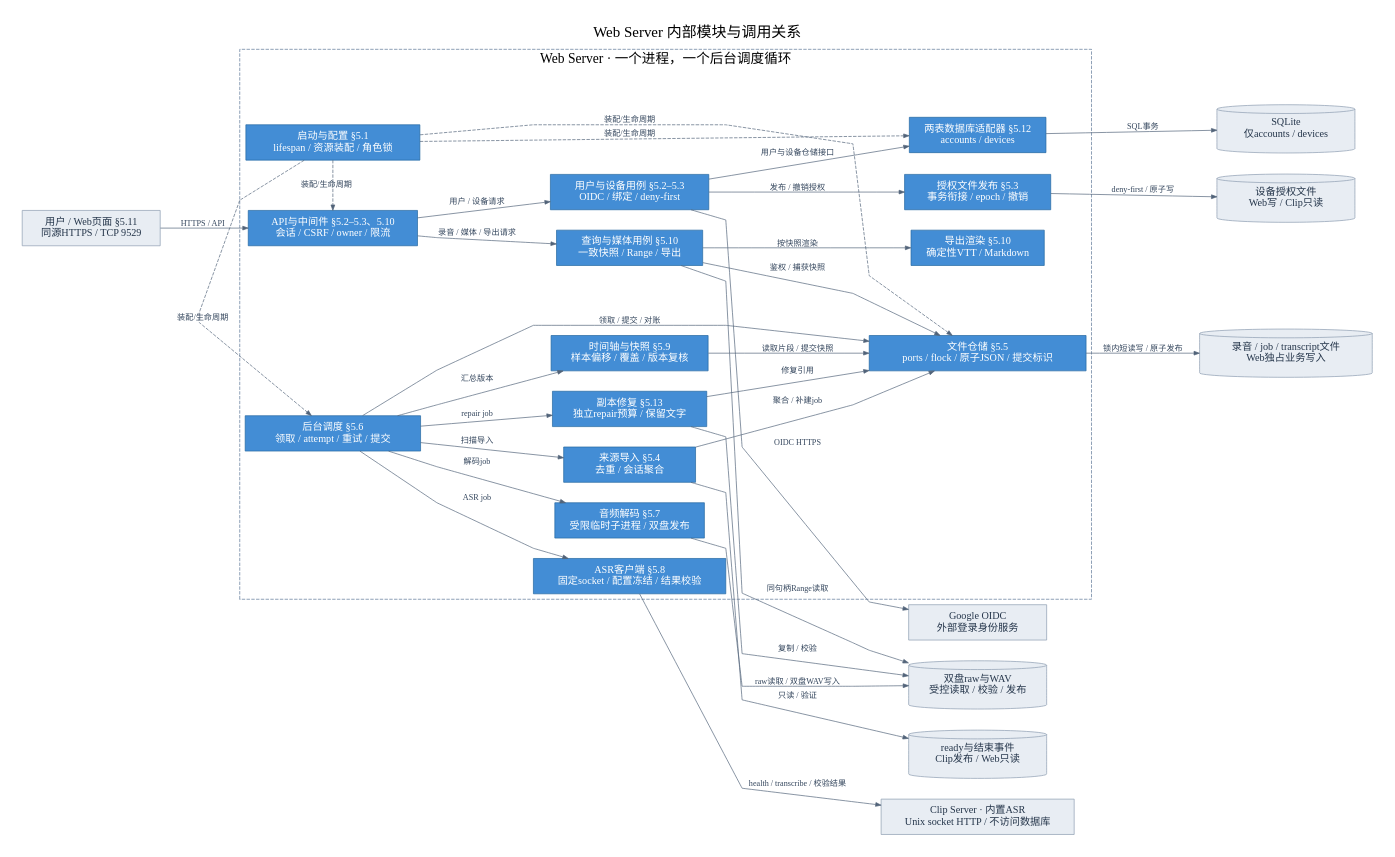
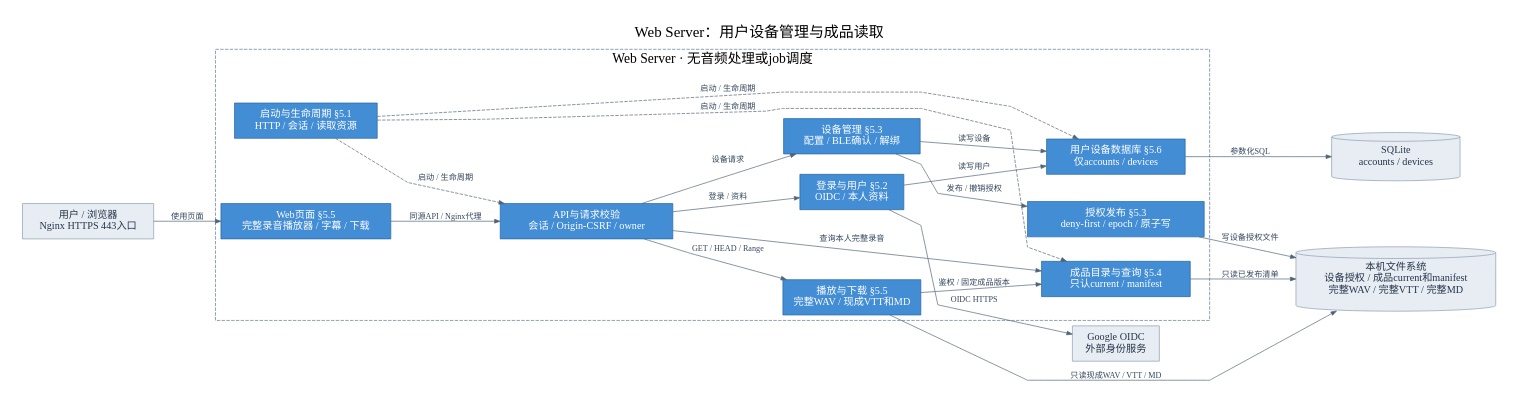
Before and after one commit to boboliu-1010/speaker: the diagram in docs/assets/diagrams/10-web-components.dot, drawn with Graphviz. The commit also changed 14 other files, not shown here.

```diff
--- a/docs/assets/diagrams/10-web-components.dot
+++ b/docs/assets/diagrams/10-web-components.dot
@@ -1,59 +1,38 @@
 digraph G {
-graph [rankdir=LR, bgcolor="white", pad="0.35", nodesep="0.42", ranksep="0.65", splines=polyline, fontname="PingFang SC", fontsize=22, labelloc=t, label="Web Server 内部模块与调用关系"];
-node [shape=box, style="filled", fillcolor="#438dd5", color="#2366a0", fontcolor=white, fontname="PingFang SC", fontsize=15, margin="0.18,0.12"];
+graph [rankdir=LR, bgcolor="white", pad="0.35", nodesep="0.42", ranksep="0.7", splines=polyline, fontname="PingFang SC", fontsize=22, labelloc=t, label="Web Server：用户设备管理与成品读取"];
+node [shape=box, style=filled, fillcolor="#438dd5", color="#2366a0", fontcolor=white, fontname="PingFang SC", fontsize=15, margin="0.18,0.12"];
 edge [fontname="PingFang SC", fontsize=12, color="#516379", fontcolor="#34465d", arrowsize=0.8];
-subgraph cluster_service {
-label="Web Server · 一个进程，一个后台调度循环"; color="#5a7596"; style=dashed; fontsize=20;
-boot [width=3.55, label="启动与配置 §5.1\nlifespan / 资源装配 / 角色锁"];
-api [width=3.46, label="API与中间件 §5.2–5.3、5.10\n会话 / CSRF / owner / 限流"];
-users [width=3.23, label="用户与设备用例 §5.2–5.3\nOIDC / 绑定 / deny-first"];
-sql [width=2.79, label="两表数据库适配器 §5.12\naccounts / devices"];
-authpub [width=2.98, label="授权文件发布 §5.3\n事务衔接 / epoch / 撤销"];
-query [width=2.98, label="查询与媒体用例 §5.10\n一致快照 / Range / 导出"];
-export [width=2.72, label="导出渲染 §5.10\n确定性VTT / Markdown"];
-worker [width=3.58, label="后台调度 §5.6\n领取 / attempt / 重试 / 提交"];
-importer [width=2.70, label="来源导入 §5.4\n去重 / 会话聚合"];
-decode [width=3.05, label="音频解码 §5.7\n受限临时子进程 / 双盘发布"];
-asr [width=3.93, label="ASR客户端 §5.8\n固定socket / 配置冻结 / 结果校验"];
-merge [width=3.21, label="时间轴与快照 §5.9\n样本偏移 / 覆盖 / 版本复核"];
-repair [width=3.15, label="副本修复 §5.13\n独立repair预算 / 保留文字"];
-repo [width=4.43, label="文件仓储 §5.5\nports / flock / 原子JSON / 提交标识"];
+subgraph cluster_service { label="Web Server · 无音频处理或job调度"; color="#5a7596"; style=dashed; fontsize=20;
+boot [width=2.91, label="启动与生命周期 §5.1\nHTTP / 会话 / 读取资源"];
+api [width=3.53, label="API与请求校验\n会话 / Origin-CSRF / owner"];
+users [width=2.13, label="登录与用户 §5.2\nOIDC / 本人资料"];
+devices [width=2.79, label="设备管理 §5.3\n配置 / BLE确认 / 解绑"];
+authpub [width=3.61, label="授权发布 §5.3\ndeny-first / epoch / 原子写"];
+query [width=3.04, label="成品目录与查询 §5.4\n只认current / manifest"];
+media [width=2.82, label="播放与下载 §5.5\n完整WAV / 现成VTT和MD"];
+dbport [width=2.83, label="用户设备数据库 §5.6\n仅accounts / devices"];
+page [width=3.47, label="Web页面 §5.5\n完整录音播放器 / 字幕 / 下载"];
 }
-browser [width=2.82, shape=box, fillcolor="#e8edf3", color="#8b9bb0", fontcolor="#24354a", label="用户 / Web页面 §5.11\n同源HTTPS / TCP 9529"];
-google [width=2.82, shape=box, fillcolor="#e8edf3", color="#8b9bb0", fontcolor="#24354a", label="Google OIDC\n外部登录身份服务"];
-clip [width=3.95, shape=box, fillcolor="#e8edf3", color="#8b9bb0", fontcolor="#24354a", label="Clip Server · 内置ASR\nUnix socket HTTP / 不访问数据库"];
-db [width=2.82, shape=cylinder, fillcolor="#e8edf3", color="#8b9bb0", fontcolor="#24354a", label="SQLite\n仅accounts / devices"];
-authfile [width=2.82, shape=cylinder, fillcolor="#e8edf3", color="#8b9bb0", fontcolor="#24354a", label="设备授权文件\nWeb写 / Clip只读"];
-sources [width=2.82, shape=cylinder, fillcolor="#e8edf3", color="#8b9bb0", fontcolor="#24354a", label="ready与结束事件\nClip发布 / Web只读"];
-state [width=3.53, shape=cylinder, fillcolor="#e8edf3", color="#8b9bb0", fontcolor="#24354a", label="录音 / job / transcript文件\nWeb独占业务写入"];
-audio [width=2.82, shape=cylinder, fillcolor="#e8edf3", color="#8b9bb0", fontcolor="#24354a", label="双盘raw与WAV\n受控读取 / 校验 / 发布"];
-browser -> api [label="HTTPS / API"];
-api -> users [label="用户 / 设备请求"];
+browser [shape=box, width=2.68, fillcolor="#e8edf3", color="#8b9bb0", fontcolor="#24354a", label="用户 / 浏览器\nNginx HTTPS 443入口"];
+google [shape=box, width=1.78, fillcolor="#e8edf3", color="#8b9bb0", fontcolor="#24354a", label="Google OIDC\n外部身份服务"];
+database [shape=cylinder, width=2.62, fillcolor="#e8edf3", color="#8b9bb0", fontcolor="#24354a", label="SQLite\naccounts / devices"];
+fs [shape=cylinder, width=4.08, fillcolor="#e8edf3", color="#8b9bb0", fontcolor="#24354a", label="本机文件系统\n设备授权 / 成品current和manifest\n完整WAV / 完整VTT / 完整MD"];
+browser -> page [label="使用页面"];
+page -> api [label="同源API / Nginx代理"];
+api -> users [label="登录 / 资料"];
+api -> devices [label="设备请求"];
 users -> google [label="OIDC HTTPS"];
-users -> sql [label="用户与设备仓储接口"];
-sql -> db [label="SQL事务"];
-users -> authpub [label="发布 / 撤销授权"];
-authpub -> authfile [label="deny-first / 原子写"];
-api -> query [label="录音 / 媒体 / 导出请求"];
-query -> repo [label="鉴权 / 捕获快照"];
-query -> export [label="按快照渲染"];
-query -> audio [label="同句柄Range读取"];
-worker -> importer [label="扫描导入"];
-importer -> sources [label="只读 / 验证"];
-importer -> repo [label="聚合 / 补建job"];
-worker -> repo [label="领取 / 提交 / 对账"];
-worker -> decode [label="解码job"];
-decode -> audio [label="raw读取 / 双盘WAV写入"];
-worker -> asr [label="ASR job"];
-asr -> clip [label="health / transcribe / 校验结果"];
-worker -> merge [label="汇总版本"];
-merge -> repo [label="读取片段 / 提交快照"];
-worker -> repair [label="repair job"];
-repair -> audio [label="复制 / 校验"];
-repair -> repo [label="修复引用"];
-repo -> state [label="锁内短读写 / 原子发布"];
-boot -> api [style=dashed, label="装配/生命周期", constraint=false];
-boot -> worker [style=dashed, label="装配/生命周期", constraint=false];
-boot -> sql [style=dashed, label="装配/生命周期", constraint=false];
-boot -> repo [style=dashed, label="装配/生命周期", constraint=false];
+users -> dbport [label="读写用户"];
+devices -> dbport [label="读写设备"];
+devices -> authpub [label="发布 / 撤销授权"];
+authpub -> fs [label="写设备授权文件"];
+api -> query [label="查询本人完整录音"];
+query -> fs [label="只读已发布清单"];
+api -> media [label="GET / HEAD / Range"];
+media -> query [label="鉴权 / 固定成品版本"];
+media -> fs [label="只读现成WAV / VTT / MD"];
+dbport -> database [label="参数化SQL"];
+boot -> api [style=dashed, label="启动 / 生命周期", constraint=false];
+boot -> dbport [style=dashed, label="启动 / 生命周期", constraint=false];
+boot -> query [style=dashed, label="启动 / 生命周期", constraint=false];
 }
```
